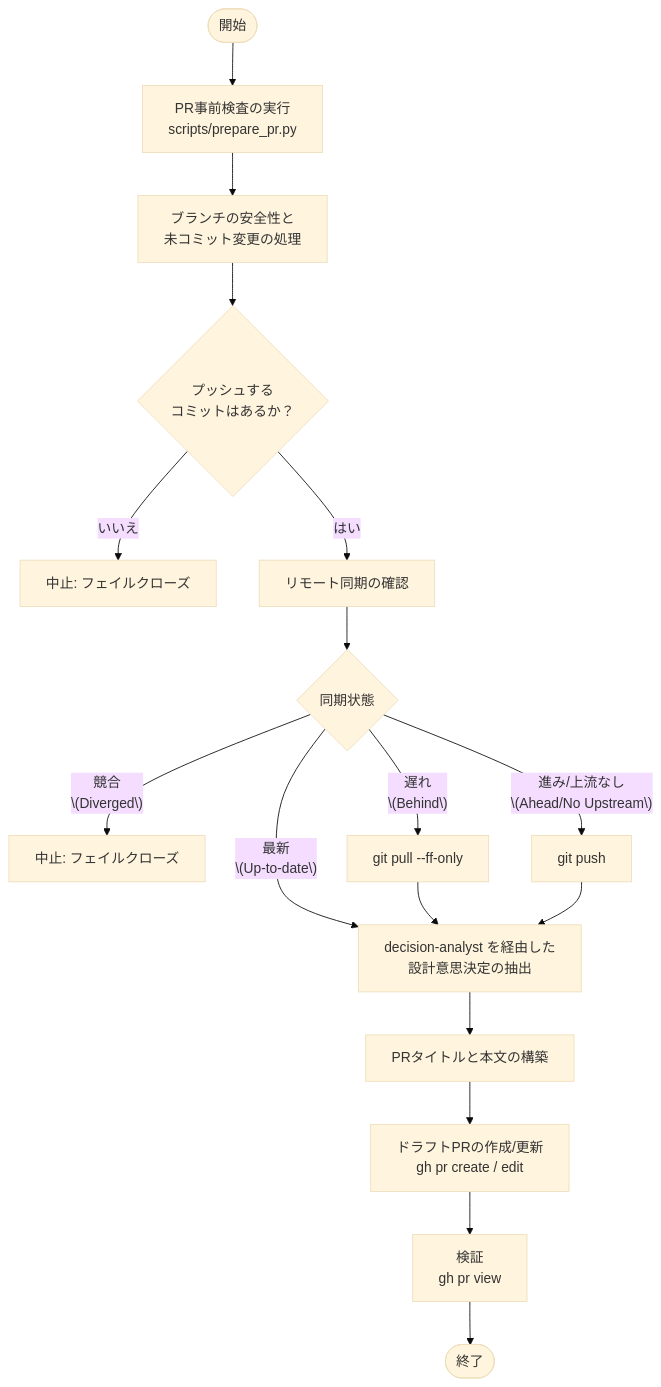
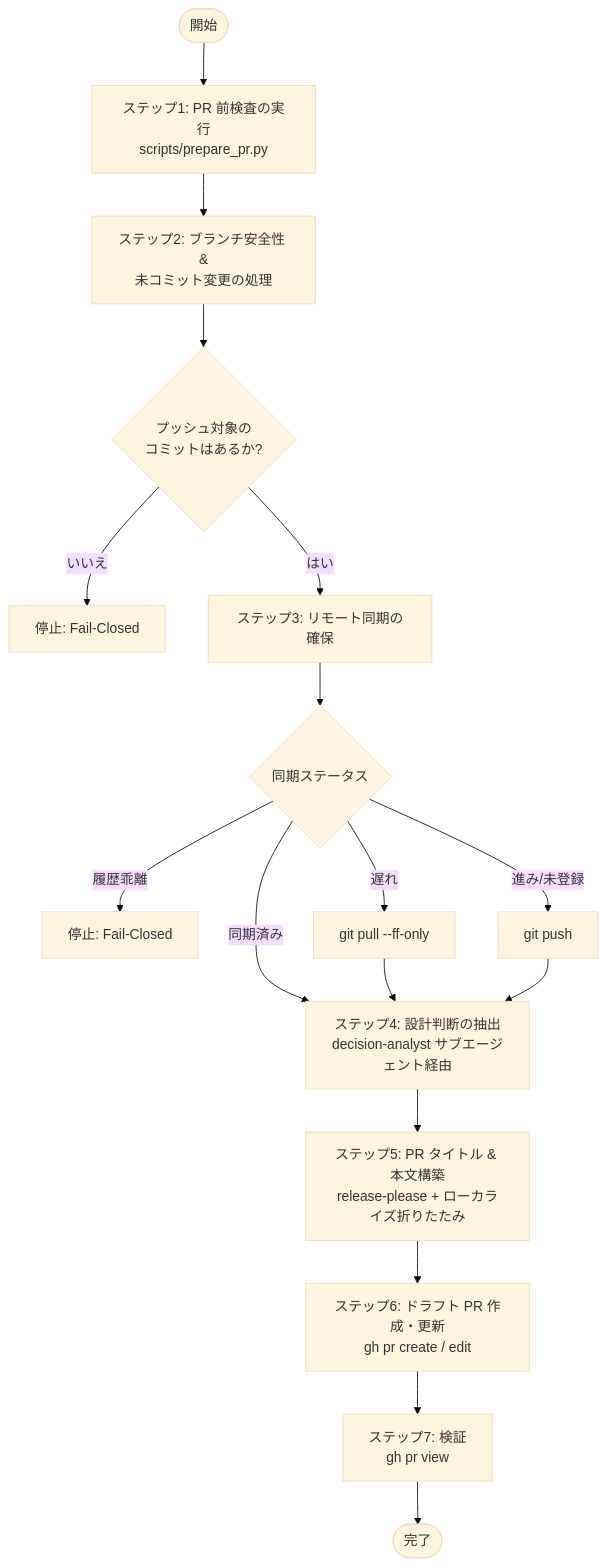
The diagram in plugins/swe-workflow/skills/drafting-pull-request/README.ja.md (green-tea-stalk/swe-agent-skills), drawn with Mermaid (base theme) before and after one commit. The commit also changed other lines of this file and 11 other files, not shown here.

````diff
--- a/plugins/swe-workflow/skills/drafting-pull-request/README.ja.md
+++ b/plugins/swe-workflow/skills/drafting-pull-request/README.ja.md
@@ -17,19 +55,19 @@
 ```mermaid
 graph TD
-    Start([開始]) --> Step1[PR事前検査の実行<br>scripts/prepare_pr.py]
-    Step1 --> Step2[ブランチの安全性と<br>未コミット変更の処理]
-    Step2 --> CheckCommits{プッシュする<br>コミットはあるか？}
-    CheckCommits -- いいえ --> Halt1[中止: フェイルクローズ]
-    CheckCommits -- はい --> Step3[リモート同期の確認]
-    Step3 --> SyncStatus{同期状態}
-    SyncStatus -- 競合<br>\(Diverged\) --> Halt2[中止: フェイルクローズ]
-    SyncStatus -- 遅れ<br>\(Behind\) --> Pull[git pull --ff-only]
-    SyncStatus -- 進み/上流なし<br>\(Ahead/No Upstream\) --> Push[git push]
-    SyncStatus -- 最新<br>\(Up-to-date\) --> Step4
+    Start([開始]) --> Step1[ステップ1: PR 前検査の実行<br>scripts/prepare_pr.py]
+    Step1 --> Step2[ステップ2: ブランチ安全性 &<br>未コミット変更の処理]
+    Step2 --> CheckCommits{プッシュ対象の<br>コミットはあるか?}
+    CheckCommits -- いいえ --> Halt1[停止: Fail-Closed]
+    CheckCommits -- はい --> Step3[ステップ3: リモート同期の確保]
+    Step3 --> SyncStatus{同期ステータス}
+    SyncStatus -- 履歴乖離 --> Halt2[停止: Fail-Closed]
+    SyncStatus -- 遅れ --> Pull[git pull --ff-only]
+    SyncStatus -- 進み/未登録 --> Push[git push]
+    SyncStatus -- 同期済み --> Step4
     Pull --> Step4
     Push --> Step4
-    Step4[decision-analyst を経由した<br>設計意思決定の抽出] --> Step5[PRタイトルと本文の構築]
-    Step5 --> Step6[ドラフトPRの作成/更新<br>gh pr create / edit]
-    Step6 --> Step7[検証<br>gh pr view]
-    Step7 --> End([終了])
+    Step4[ステップ4: 設計判断の抽出<br>decision-analyst サブエージェント経由] --> Step5[ステップ5: PR タイトル & 本文構築<br>release-please + ローカライズ折りたたみ]
+    Step5 --> Step6[ステップ6: ドラフト PR 作成・更新<br>gh pr create / edit]
+    Step6 --> Step7[ステップ7: 検証<br>gh pr view]
+    Step7 --> End([完了])
 ```
````
